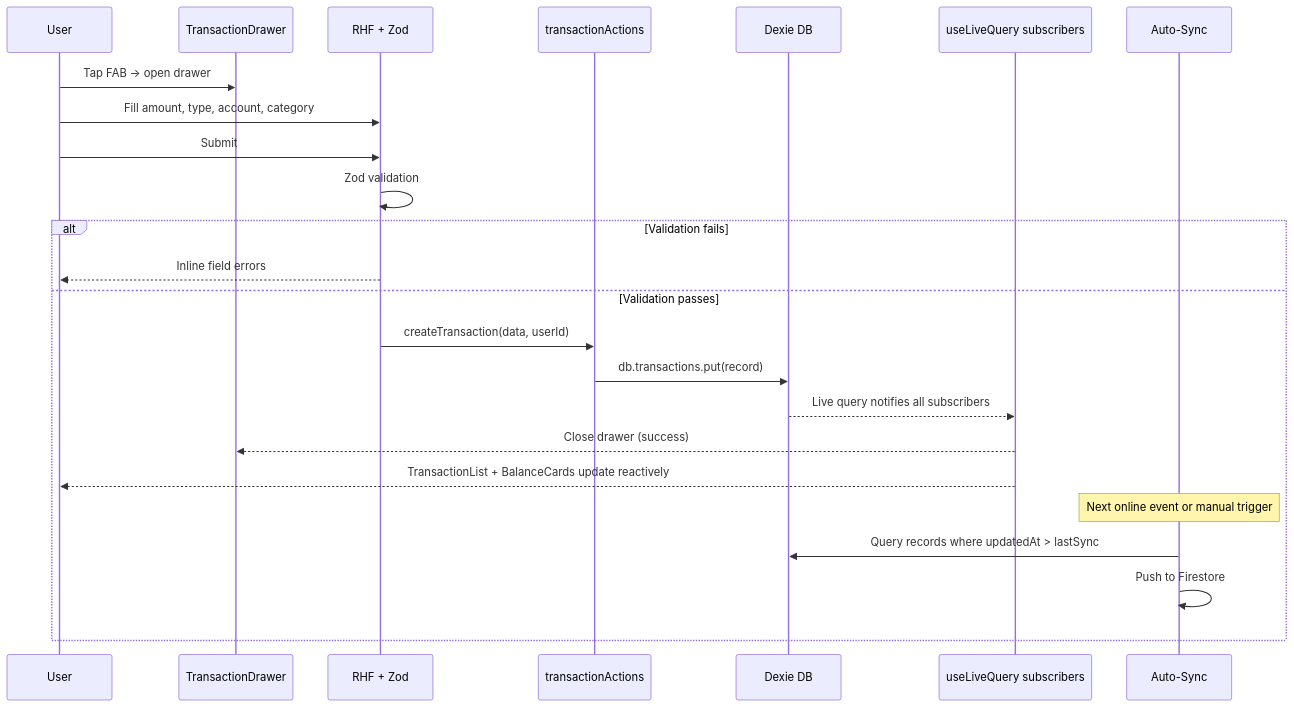
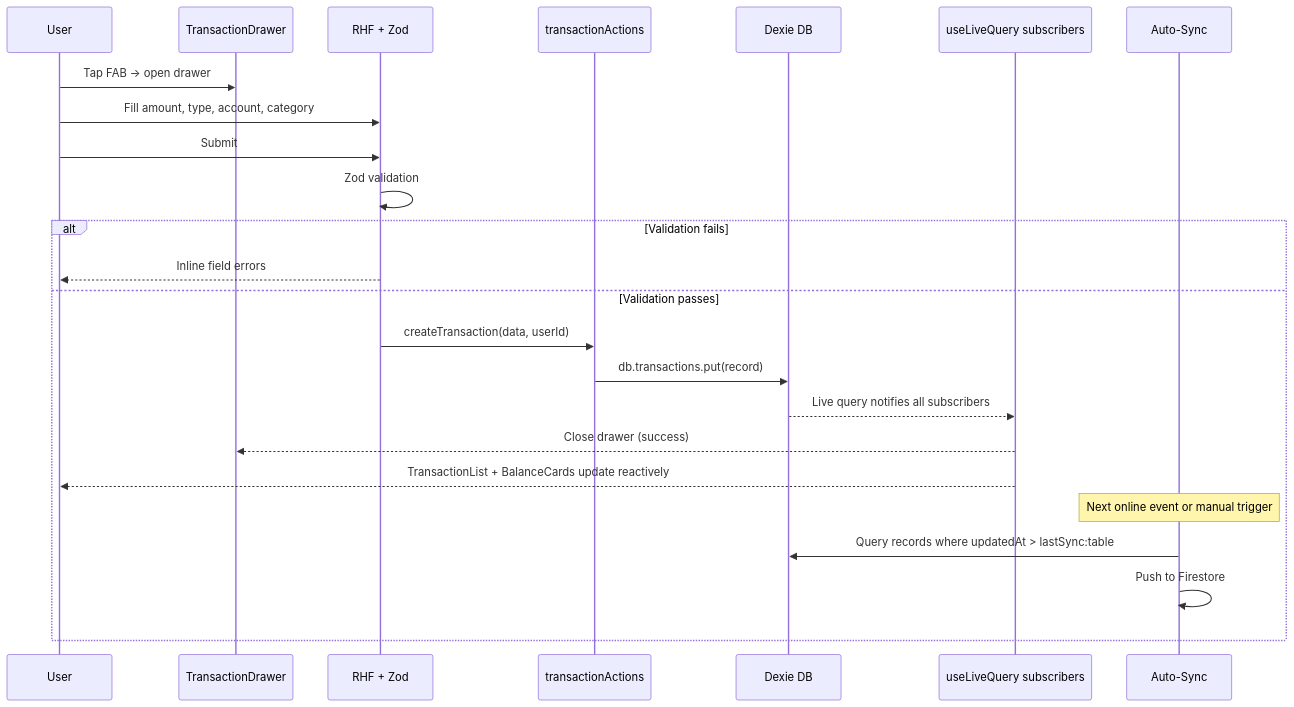
One commit to salmanzahidlatif/mizantrack changed the sixth of 9 diagrams in docs/design.md. Above: the diagram before and after it, drawn with Mermaid. The commit also changed other lines of this file and 10 other files, not shown here.

````diff
--- a/docs/design.md
+++ b/docs/design.md
@@ -597,27 +601,27 @@
 ```mermaid
 sequenceDiagram
   participant User
   participant Drawer as TransactionDrawer
   participant Form as RHF + Zod
   participant Actions as transactionActions
   participant Dexie as Dexie DB
   participant Hooks as useLiveQuery subscribers
   participant Sync as Auto-Sync
 
   User->>Drawer: Tap FAB → open drawer
   User->>Form: Fill amount, type, account, category
   User->>Form: Submit
   Form->>Form: Zod validation
   alt Validation fails
     Form-->>User: Inline field errors
   else Validation passes
     Form->>Actions: createTransaction(data, userId)
     Actions->>Dexie: db.transactions.put(record)
     Dexie-->>Hooks: Live query notifies all subscribers
     Hooks-->>Drawer: Close drawer (success)
     Hooks-->>User: TransactionList + BalanceCards update reactively
     Note over Sync: Next online event or manual trigger
-    Sync->>Dexie: Query records where updatedAt > lastSync
+    Sync->>Dexie: Query records where updatedAt > lastSync:table
     Sync->>Sync: Push to Firestore
   end
 ```
````
